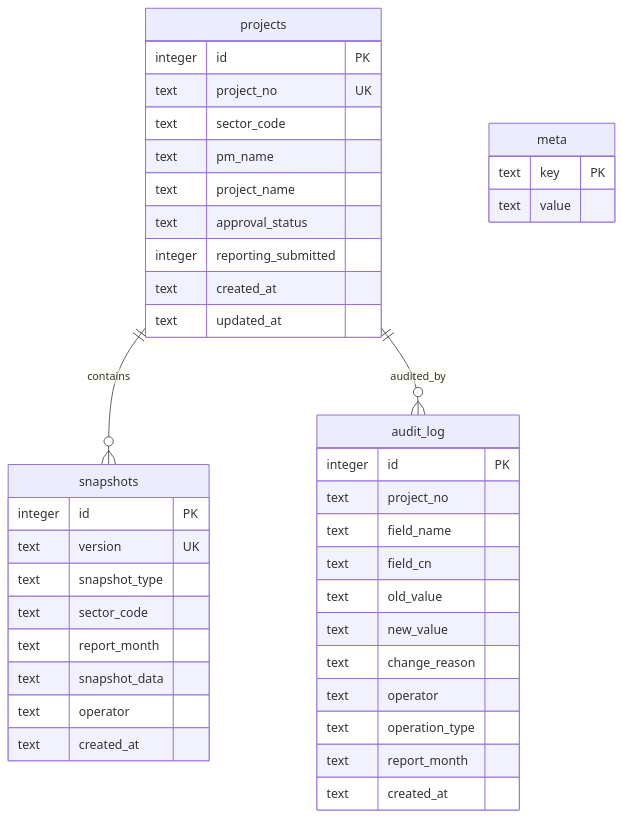
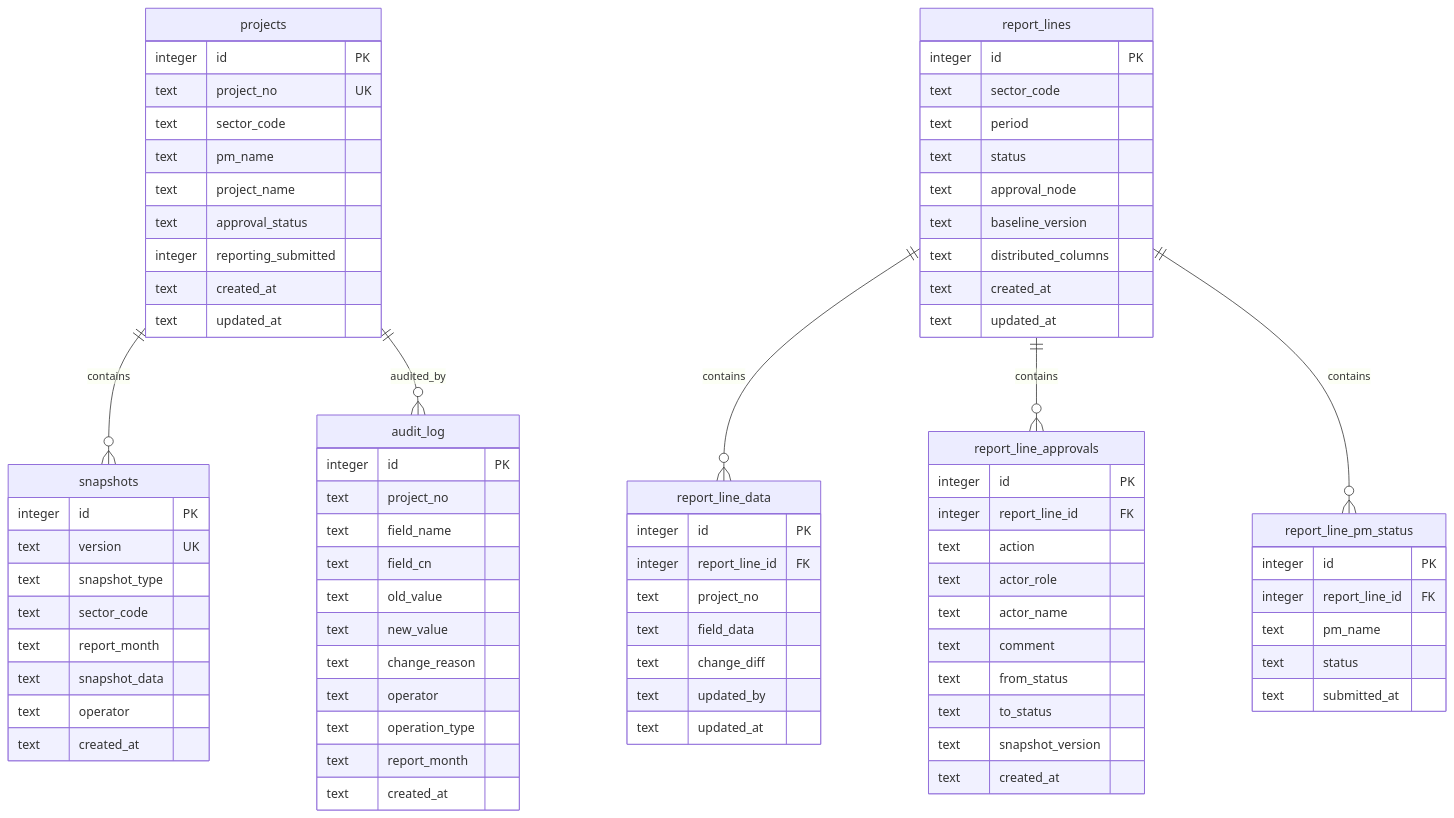
The fourth of 4 diagrams in .qoder/repowiki/zh/content/API接口文档/审批流程API.md (marcelxu0272/202605_project-tracking-table), drawn with Mermaid before and after one commit. The commit also changed other lines of this file and 17 other files, not shown here.

````diff
--- a/.qoder/repowiki/zh/content/API接口文档/审批流程API.md
+++ b/.qoder/repowiki/zh/content/API接口文档/审批流程API.md
@@ -365,43 +488,81 @@
 ```mermaid
 erDiagram
 projects {
 integer id PK
 text project_no UK
 text sector_code
 text pm_name
 text project_name
 text approval_status
 integer reporting_submitted
 text created_at
 text updated_at
 }
 snapshots {
 integer id PK
 text version UK
 text snapshot_type
 text sector_code
 text report_month
 text snapshot_data
 text operator
 text created_at
 }
 audit_log {
 integer id PK
 text project_no
 text field_name
 text field_cn
 text old_value
 text new_value
 text change_reason
 text operator
 text operation_type
 text report_month
 text created_at
 }
-meta {
-text key PK
-text value
+report_lines {
+integer id PK
+text sector_code
+text period
+text status
+text approval_node
+text baseline_version
+text distributed_columns
+text created_at
+text updated_at
+}
+report_line_data {
+integer id PK
+integer report_line_id FK
+text project_no
+text field_data
+text change_diff
+text updated_by
+text updated_at
+}
+report_line_approvals {
+integer id PK
+integer report_line_id FK
+text action
+text actor_role
+text actor_name
+text comment
+text from_status
+text to_status
+text snapshot_version
+text created_at
+}
+report_line_pm_status {
+integer id PK
+integer report_line_id FK
+text pm_name
+text status
+text submitted_at
 }
 projects ||--o{ snapshots : contains
 projects ||--o{ audit_log : audited_by
+report_lines ||--o{ report_line_data : contains
+report_lines ||--o{ report_line_approvals : contains
+report_lines ||--o{ report_line_pm_status : contains
 ```
````
